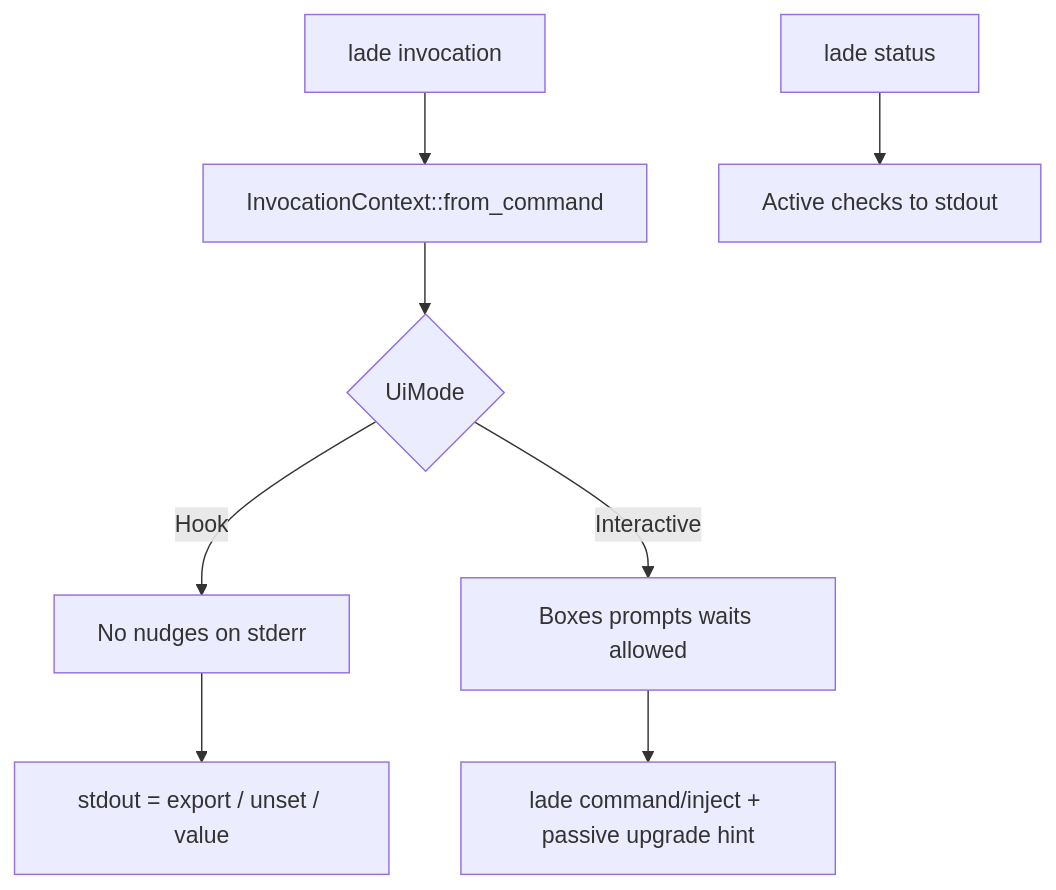
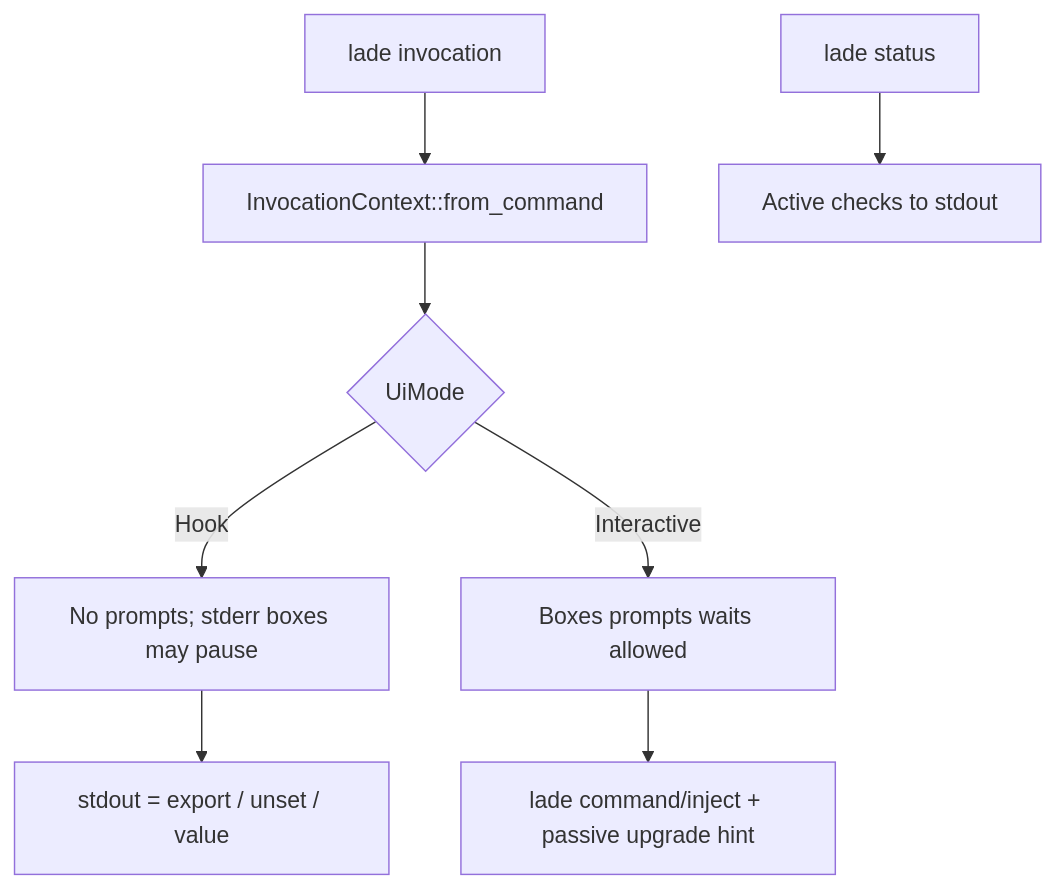
One commit to zifeo/lade changed the fourth of 4 diagrams in docs/architecture.md. Above: the diagram before and after it, drawn with Mermaid. The commit also changed other lines of this file and 80 other files, not shown here.

````diff
--- a/docs/architecture.md
+++ b/docs/architecture.md
@@ -92,10 +110,10 @@
 ```mermaid
 flowchart TD
     Start[lade invocation] --> Ctx[InvocationContext::from_command]
     Ctx --> Mode{UiMode}
-    Mode -->|Hook| Silent[No nudges on stderr]
+    Mode -->|Hook| HookUi[No prompts; stderr boxes may pause]
     Mode -->|Interactive| Nudges[Boxes prompts waits allowed]
-    Silent --> Stdout[stdout = export / unset / value]
+    HookUi --> Stdout[stdout = export / unset / value]
     Nudges --> Inject[lade command/inject + passive upgrade hint]
     Status[lade status] --> Report[Active checks to stdout]
 ```
````
